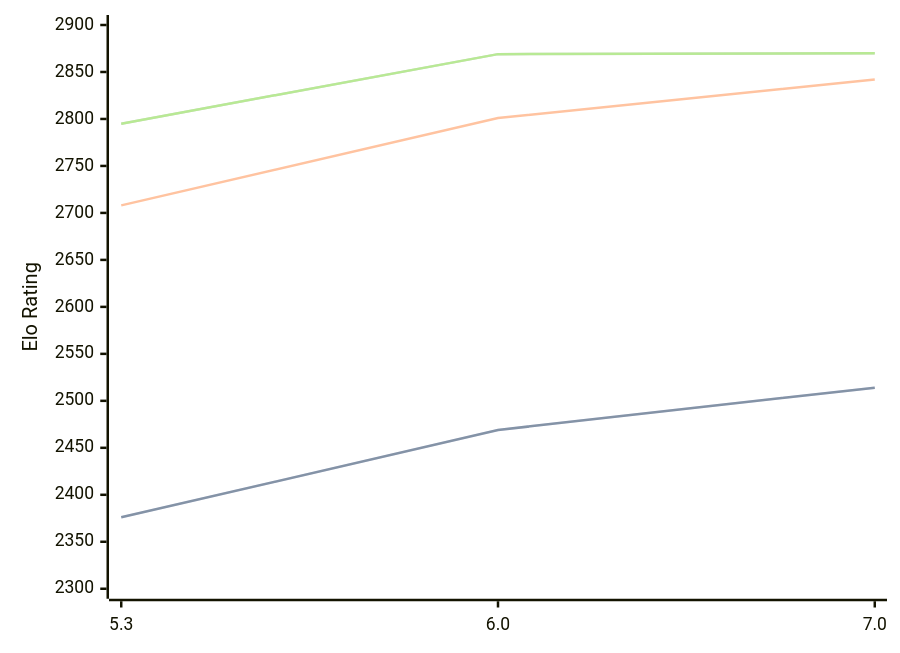
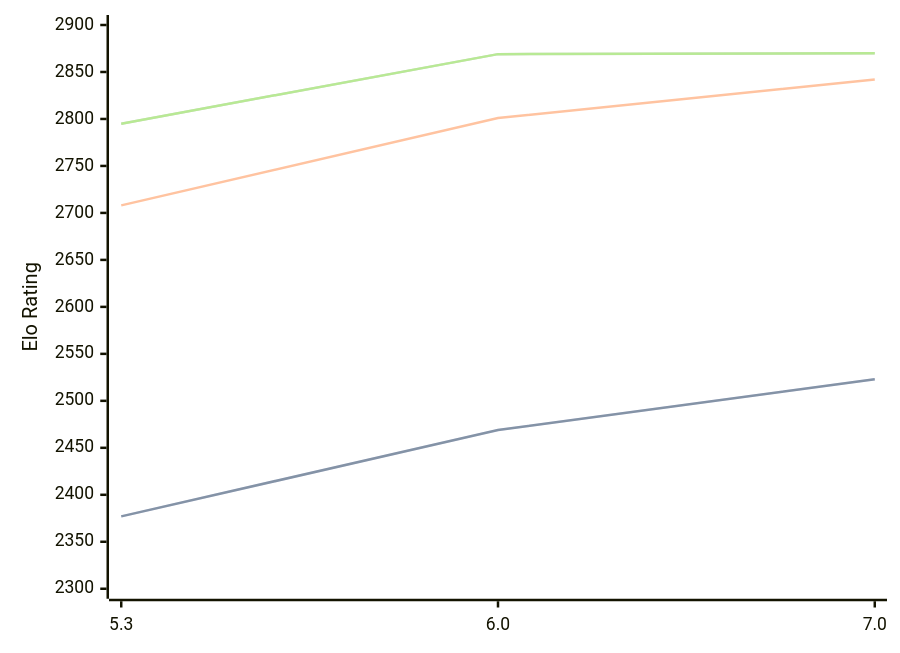
The first of 3 diagrams in engines/tomitankChess.md (computer-chess-index/cci), drawn with Mermaid before and after one commit. The commit also changed other lines of this file, not shown here.

````diff
--- a/engines/tomitankChess.md
+++ b/engines/tomitankChess.md
@@ -41,11 +41,11 @@
 ```mermaid
 %%{init: {"theme":"base","themeVariables":{"seriesColors:['#a3a3a3','#222221','#faa371']}}}%%
 xychart-beta
   x-axis ["5.3", "6.0", "7.0"]
   y-axis "Elo Rating" 2300 --> 2900
-  line "STC (8.0+0.08s)" [2376, 2469, 2514]
-  line "STC (8.0+0.08s)" [2376, 2469, 2514]
+  line "STC (8.0+0.08s)" [2377, 2469, 2523]
+  line "STC (8.0+0.08s)" [2377, 2469, 2523]
   line "LTC (60.0+0.60s)" [2708, 2801, 2842]
   line "VLTC (2m24s+1.12s)" [2795, 2869, 2870]
   line "VLTC (2m24s+1.12s)" [2795, 2869, 2870]
 ```
````
